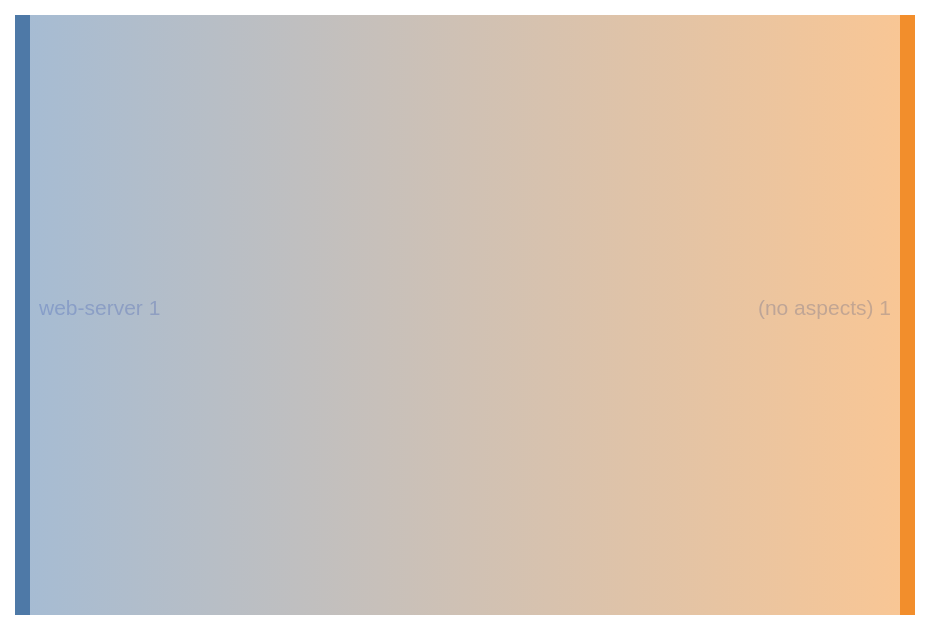
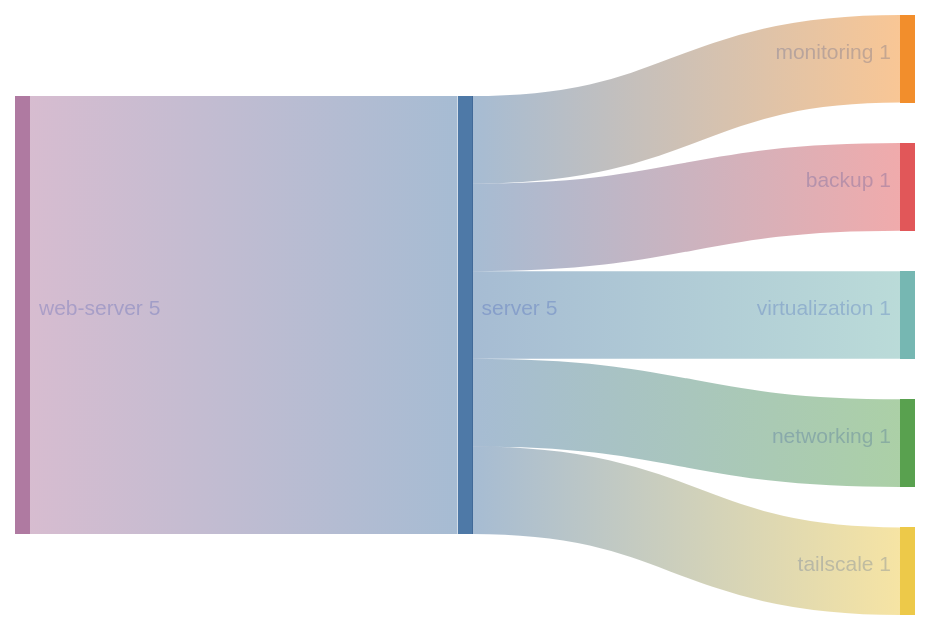
Before and after one commit to sini/den: the diagram in templates/diag-fx-demo/diagrams/web-server-sankey.md, drawn with Mermaid. The commit also changed 849 other files, not shown here.

Commit message:
chore: update fx diagrams

````diff
--- a/templates/diag-fx-demo/diagrams/web-server-sankey.md
+++ b/templates/diag-fx-demo/diagrams/web-server-sankey.md
@@ -5,6 +5,11 @@
 ```mermaid
 %%{init: {"theme":"base","themeVariables":{"activationBkgColor":"#313244","activationBorderColor":"#6c7086","actorBkg":"#313244","actorBorder":"#a6adc8","actorLineColor":"#a6adc8","actorTextColor":"#cdd6f4","background":"#1e1e2e","classText":"#cdd6f4","clusterBkg":"#313244","clusterBorder":"#6c7086","edgeLabelBackground":"#1e1e2e","labelBoxBkgColor":"#313244","labelBoxBorderColor":"#a6adc8","labelTextColor":"#cdd6f4","lineColor":"#a6adc8","loopTextColor":"#cdd6f4","mainBkg":"#313244","nodeBkg":"#313244","nodeBorder":"#a6adc8","nodeTextColor":"#cdd6f4","noteBkgColor":"#313244","noteBorderColor":"#6c7086","noteTextColor":"#cdd6f4","pie1":"#f38ba8","pie2":"#fab387","pie3":"#f9e2af","pie4":"#a6e3a1","pie5":"#94e2d5","pie6":"#89b4fa","pie7":"#cba6f7","pie8":"#f2cdcd","pieLegendTextColor":"#cdd6f4","pieOuterStrokeColor":"#6c7086","pieSectionTextColor":"#cdd6f4","pieStrokeColor":"#6c7086","pieTitleTextColor":"#cdd6f4","primaryBorderColor":"#a6adc8","primaryColor":"#313244","primaryTextColor":"#cdd6f4","secondBkg":"#313244","secondaryBorderColor":"#6c7086","secondaryColor":"#313244","secondaryTextColor":"#cdd6f4","sequenceNumberColor":"#1e1e2e","signalColor":"#a6adc8","signalTextColor":"#cdd6f4","tertiaryBorderColor":"#6c7086","tertiaryColor":"#313244","tertiaryTextColor":"#cdd6f4","textColor":"#cdd6f4","titleColor":"#cdd6f4"}}}%%
 sankey-beta
 
-"web-server","(no aspects)",1
+"server","monitoring",1
+"server","backup",1
+"server","virtualization",1
+"server","networking",1
+"server","tailscale",1
+"web-server","server",5
 ```
````
